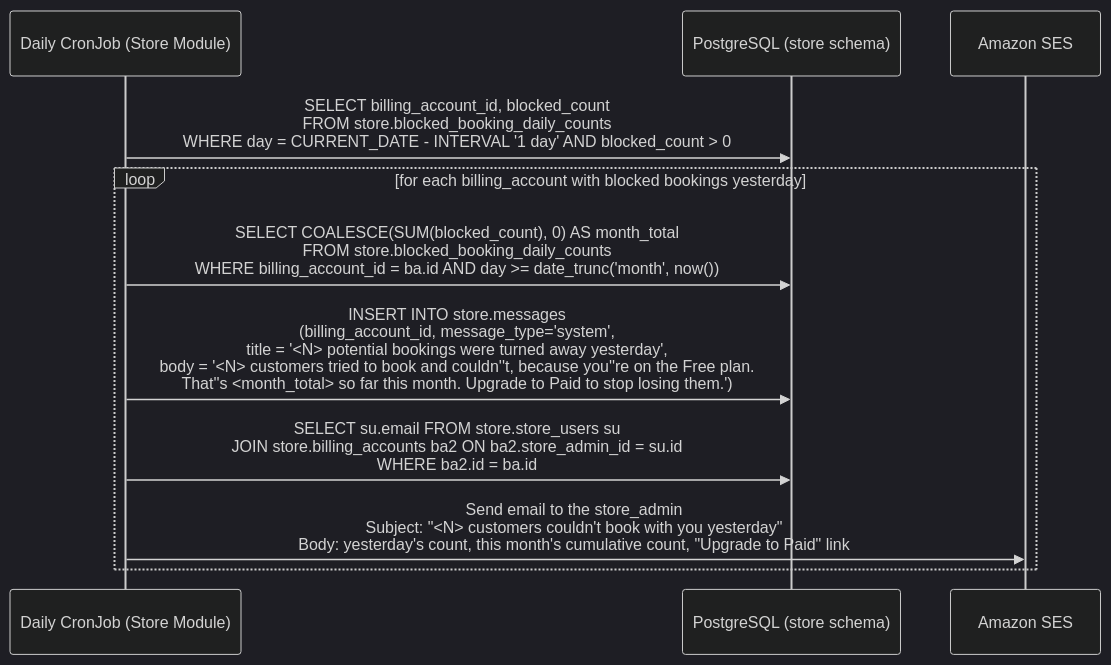
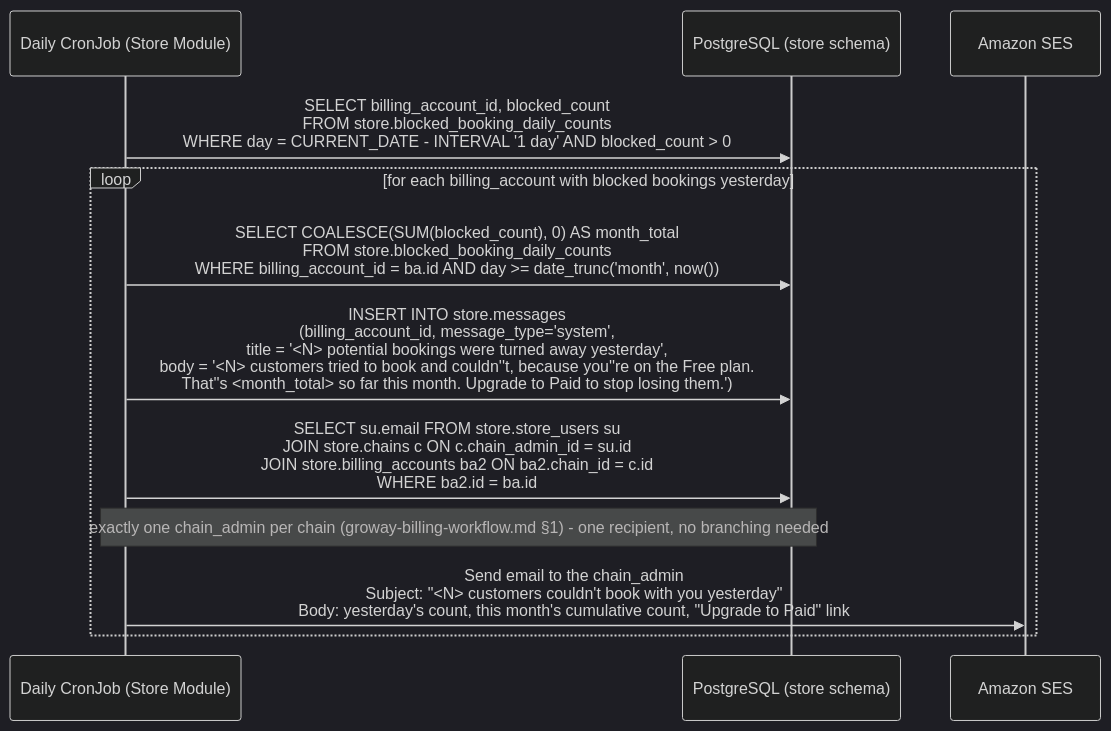
Before and after one commit to szhanggit/appointmentsystemdesign: the first of 3 diagrams in usercasestudy/groway-store-notifications-workflow.md, drawn with Mermaid (dark theme). The commit also changed other lines of this file and 6 other files, not shown here.

````diff
--- a/usercasestudy/groway-store-notifications-workflow.md
+++ b/usercasestudy/groway-store-notifications-workflow.md
@@ -36,14 +36,15 @@
 ```mermaid
 sequenceDiagram
     participant CRON as Daily CronJob (Store Module)
     participant DB as PostgreSQL (store schema)
     participant SES as Amazon SES
 
     CRON->>DB: SELECT billing_account_id, blocked_count<br/>FROM store.blocked_booking_daily_counts<br/>WHERE day = CURRENT_DATE - INTERVAL '1 day' AND blocked_count > 0
     loop for each billing_account with blocked bookings yesterday
         CRON->>DB: SELECT COALESCE(SUM(blocked_count), 0) AS month_total<br/>FROM store.blocked_booking_daily_counts<br/>WHERE billing_account_id = ba.id AND day >= date_trunc('month', now())
         CRON->>DB: INSERT INTO store.messages<br/>(billing_account_id, message_type='system',<br/>title = '<N> potential bookings were turned away yesterday',<br/>body = '<N> customers tried to book and couldn''t, because you''re on the Free plan.<br/>That''s <month_total> so far this month. Upgrade to Paid to stop losing them.')
-        CRON->>DB: SELECT su.email FROM store.store_users su<br/>JOIN store.billing_accounts ba2 ON ba2.store_admin_id = su.id<br/>WHERE ba2.id = ba.id
-        CRON->>SES: Send email to the store_admin<br/>Subject: "<N> customers couldn't book with you yesterday"<br/>Body: yesterday's count, this month's cumulative count, "Upgrade to Paid" link
+        CRON->>DB: SELECT su.email FROM store.store_users su<br/>JOIN store.chains c ON c.chain_admin_id = su.id<br/>JOIN store.billing_accounts ba2 ON ba2.chain_id = c.id<br/>WHERE ba2.id = ba.id
+        Note over CRON,DB: exactly one chain_admin per chain (groway-billing-workflow.md §1) - one recipient, no branching needed
+        CRON->>SES: Send email to the chain_admin<br/>Subject: "<N> customers couldn't book with you yesterday"<br/>Body: yesterday's count, this month's cumulative count, "Upgrade to Paid" link
     end
 ```
````
